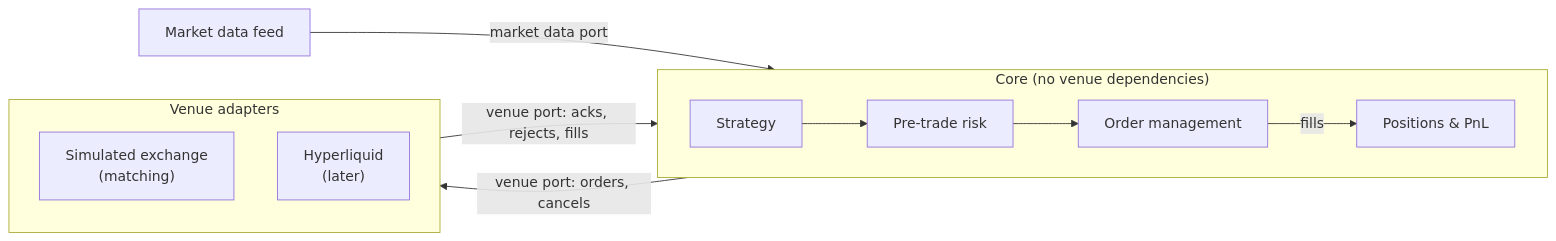
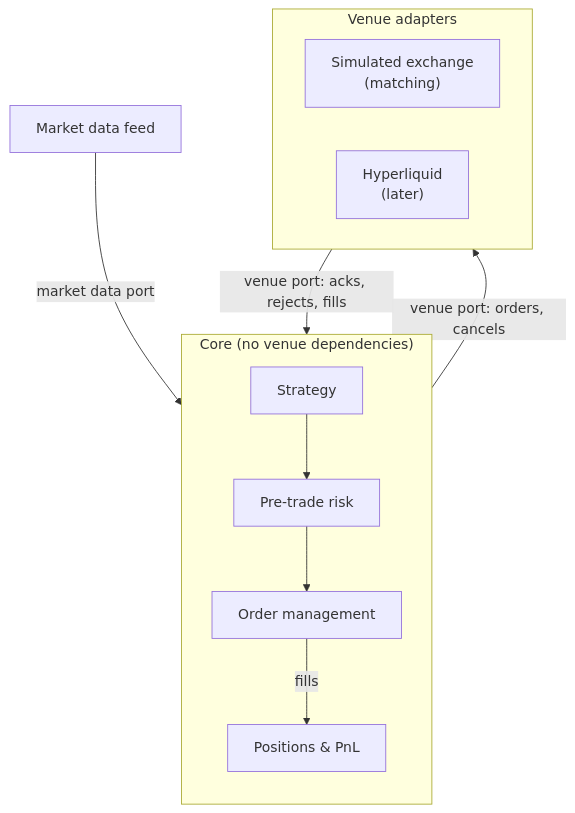
Before and after one commit to dalehcc/rust_engine: the diagram in README.md, drawn with Mermaid.

Commit message:
Update Architecture graph.

````diff
--- a/README.md
+++ b/README.md
@@ -13,19 +13,20 @@
 ```mermaid
-flowchart LR
+flowchart TB
     MD["Market data feed"]
 
     subgraph CORE["Core (no venue dependencies)"]
-        direction LR
+        direction TB
         S["Strategy"] --> R["Pre-trade risk"] --> OM["Order management"]
         OM -- fills --> P["Positions & PnL"]
     end
 
     subgraph ADAPTERS["Venue adapters"]
+        direction LR
         SIM["Simulated exchange<br/>(matching)"]
         HL["Hyperliquid<br/>(later)"]
     end
 
     MD -- "market data port" --> S
     OM -- "venue port: orders, cancels" --> ADAPTERS
     ADAPTERS -- "venue port: acks, rejects, fills" --> OM
 ```
````
